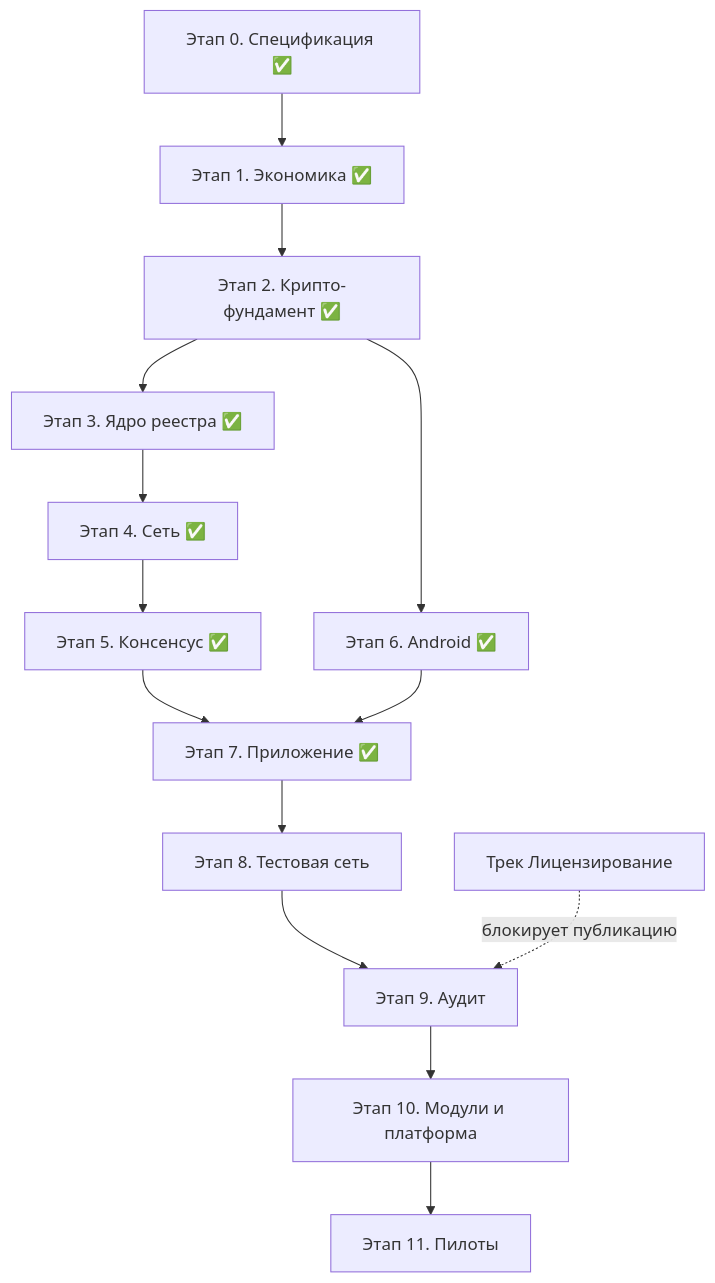
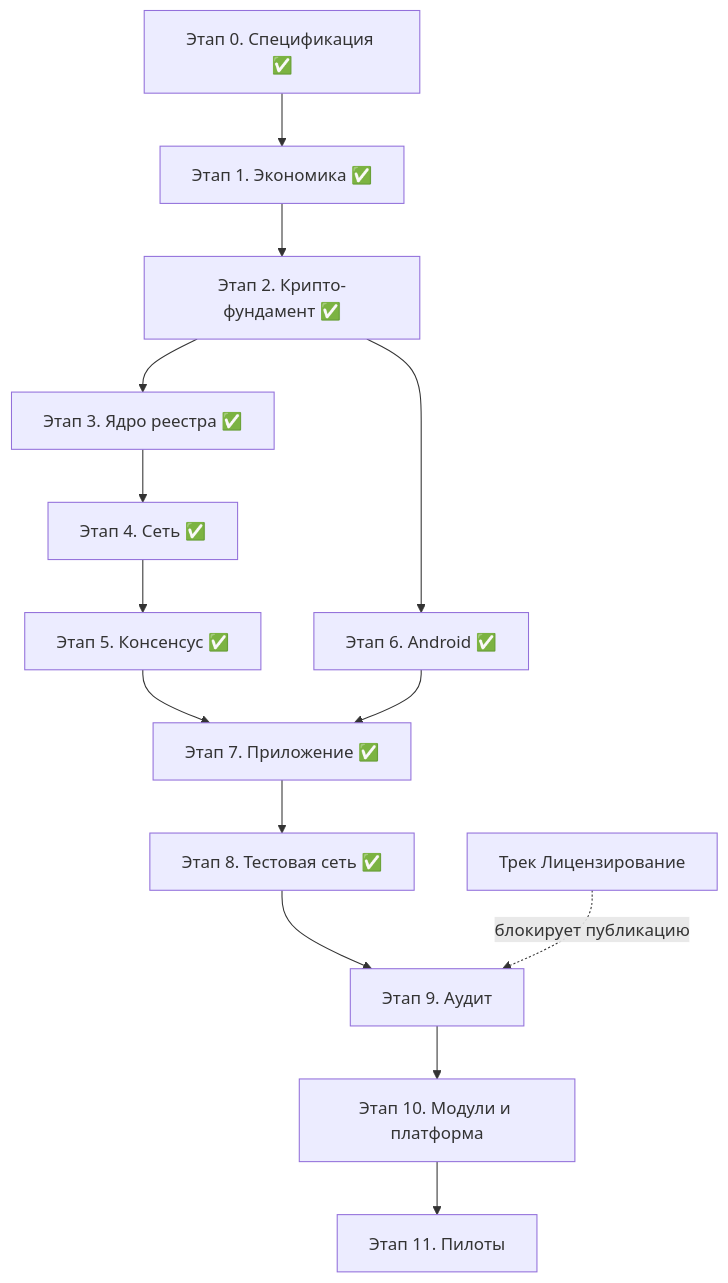
Before and after one commit to rumatakira74/equality-trust-networks: the diagram in docs/development-plan.md, drawn with Mermaid. The commit also changed other lines of this file, not shown here.

Commit message:
план: этап 8 выполнен (stage8-testnet, ждёт подтверждения) — 8.0 закрыт, tnp-testnet + декодер + tx-драйверы, release-APK 163,5 МБ, ранбук, полный эмуляторный прогон; находки №39, №40, PinManager-фикс

````diff
--- a/docs/development-plan.md
+++ b/docs/development-plan.md
@@ -240,16 +242,16 @@
 ```mermaid
 flowchart TD
     S0["Этап 0. Спецификация ✅"] --> S1["Этап 1. Экономика ✅"]
     S1 --> S2["Этап 2. Крипто-фундамент ✅"]
     S2 --> S3["Этап 3. Ядро реестра ✅"]
     S3 --> S4["Этап 4. Сеть ✅"]
     S4 --> S5["Этап 5. Консенсус ✅"]
     S2 --> S6["Этап 6. Android ✅"]
     S5 --> S7["Этап 7. Приложение ✅"]
     S6 --> S7
-    S7 --> S8["Этап 8. Тестовая сеть"]
+    S7 --> S8["Этап 8. Тестовая сеть ✅"]
     S8 --> S9["Этап 9. Аудит"]
     S9 --> S10["Этап 10. Модули и платформа"]
     S10 --> S11["Этап 11. Пилоты"]
     L["Трек Лицензирование"] -. "блокирует публикацию" .-> S9
 ```
````
